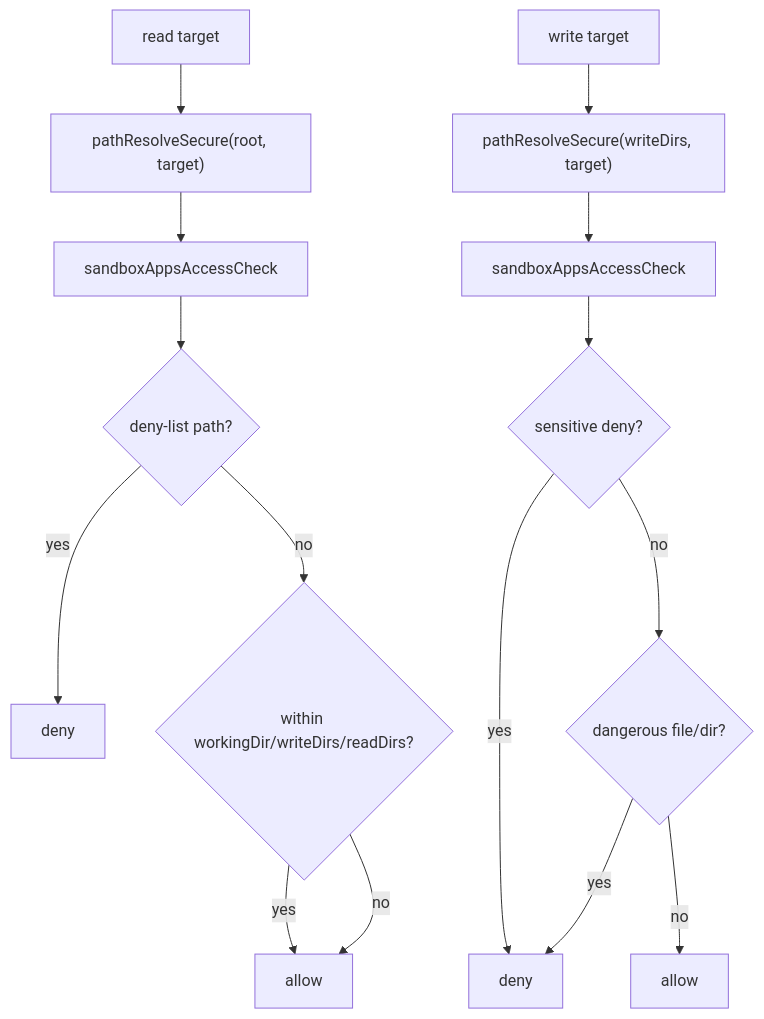
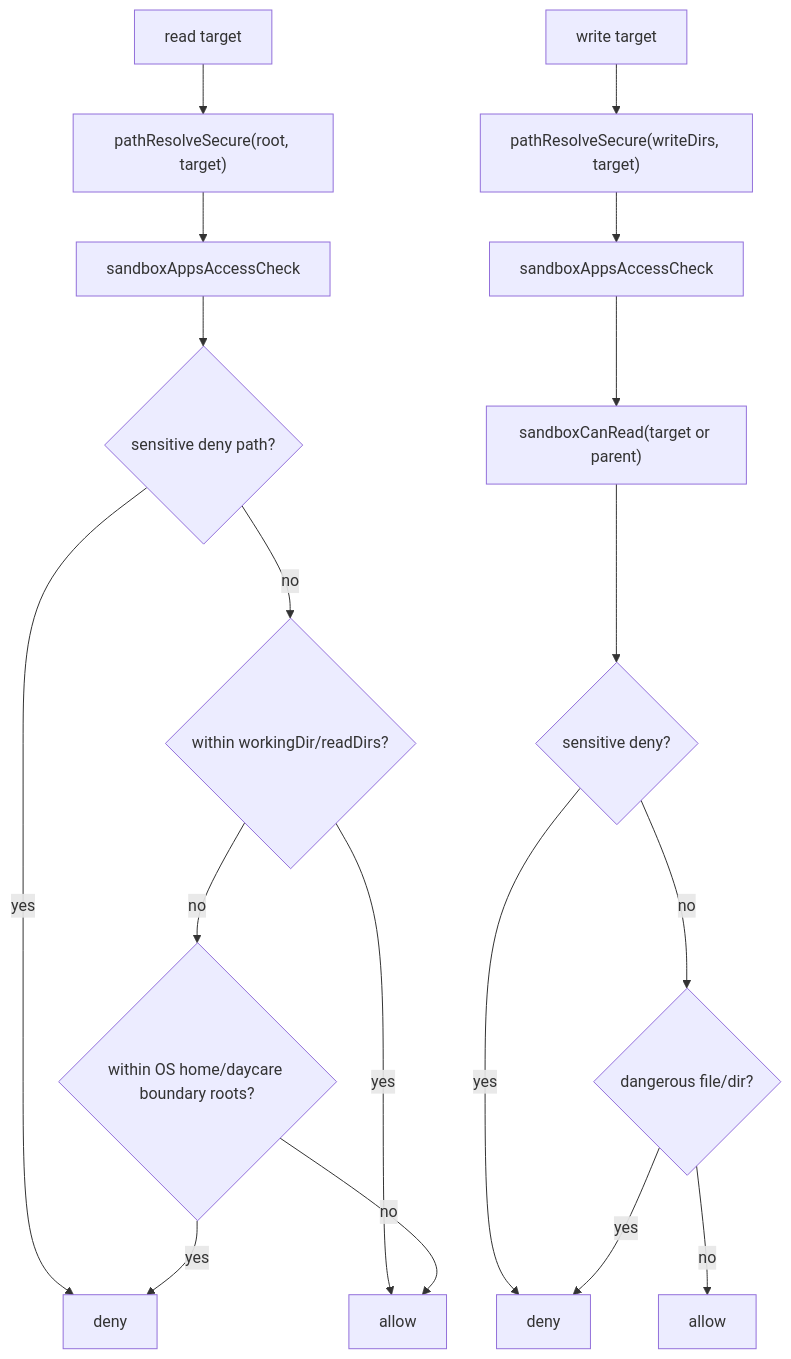
The diagram in doc/internals/read-write-permission-alignment.md (ex3ndr/daycare), drawn with Mermaid before and after one commit. The commit also changed other lines of this file and 6 other files, not shown here.

Commit message:
fix(sandbox): allow explicit nested reads and guard writes by read access

````diff
--- a/doc/internals/read-write-permission-alignment.md
+++ b/doc/internals/read-write-permission-alignment.md
@@ -32,18 +33,21 @@
 ```mermaid
 flowchart TD
   A["read target"] --> B["pathResolveSecure(root, target)"]
   B --> C["sandboxAppsAccessCheck"]
-  C --> D{"deny-list path?"}
+  C --> D{"sensitive deny path?"}
   D -- yes --> E["deny"]
-  D -- no --> F{"within workingDir/writeDirs/readDirs?"}
+  D -- no --> F{"within workingDir/readDirs?"}
   F -- yes --> G["allow"]
-  F -- no --> G
+  F -- no --> H{"within OS home/daycare boundary roots?"}
+  H -- yes --> E
+  H -- no --> G
 
   I["write target"] --> J["pathResolveSecure(writeDirs, target)"]
   J --> K["sandboxAppsAccessCheck"]
-  K --> L{"sensitive deny?"}
+  K --> K2["sandboxCanRead(target or parent)"]
+  K2 --> L{"sensitive deny?"}
   L -- yes --> M["deny"]
   L -- no --> N{"dangerous file/dir?"}
   N -- yes --> M
   N -- no --> O["allow"]
 ```
````
